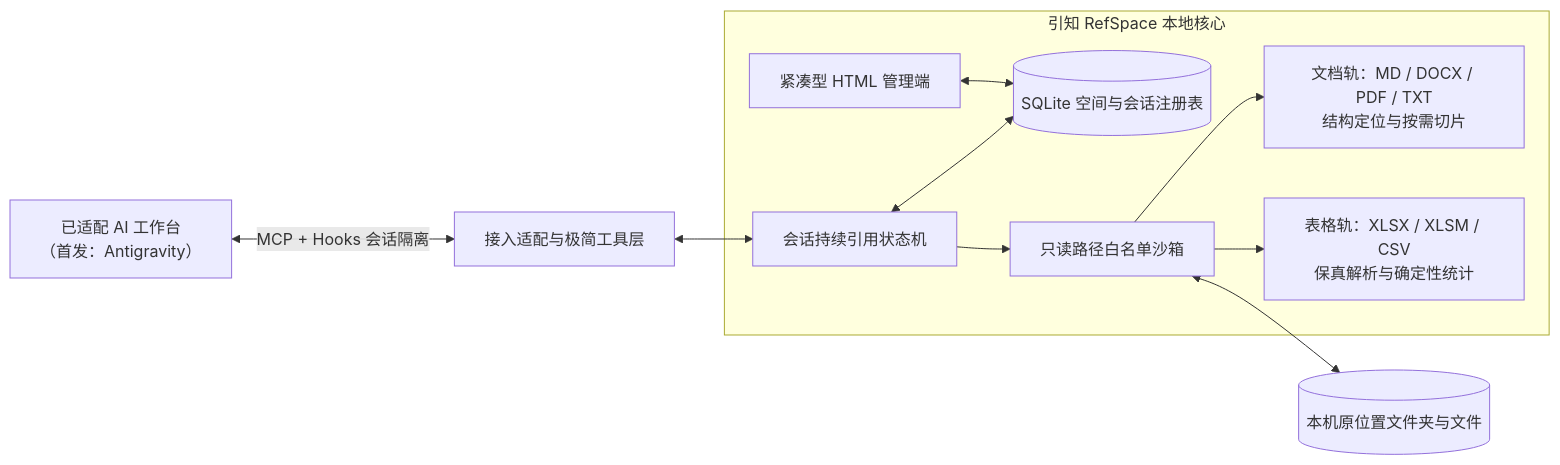
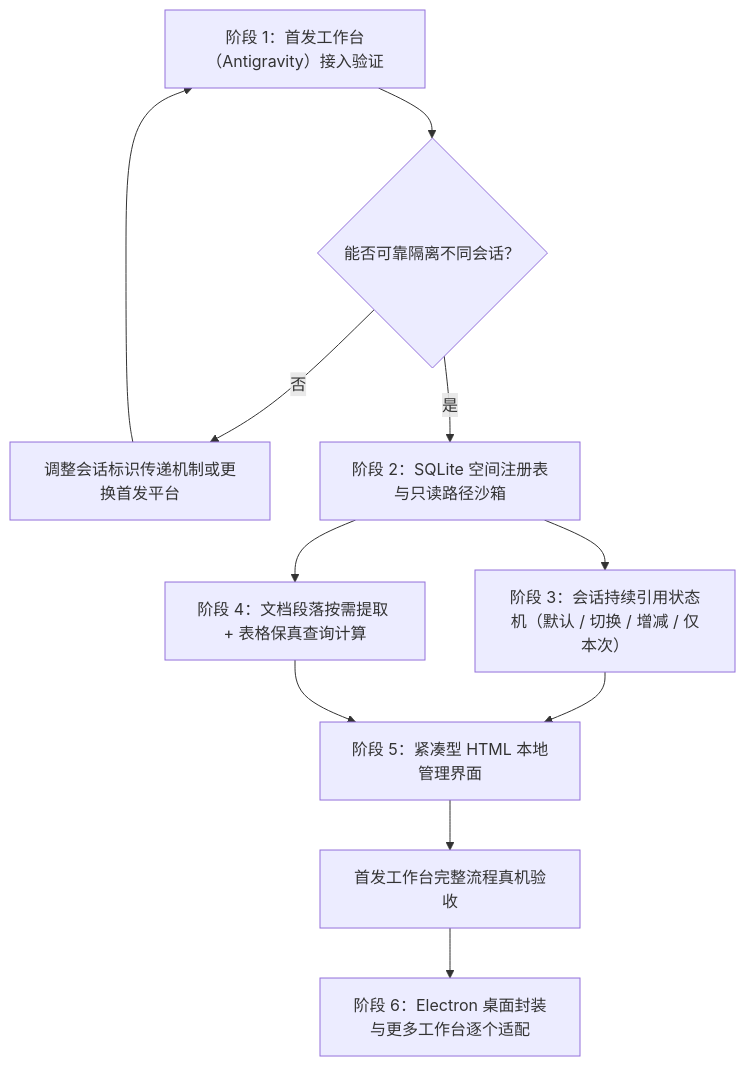
The diagram in README.md (nnnnnnicolexx/RefSpace), drawn with Mermaid before and after one commit. The commit also changed other lines of this file and 3 other files, not shown here.

````diff
--- a/README.md
+++ b/README.md
@@ -50,22 +120,13 @@
 ```mermaid
-flowchart LR
-    AI["已适配 AI 工作台<br/>（首发：Antigravity）"] <-->|"MCP + Hooks 会话隔离"| Adapter["接入适配与极简工具层"]
-
-    subgraph RefSpace["引知 RefSpace 本地核心"]
-        UI["紧凑型 HTML 管理端"]
-        Session["会话持续引用状态机"]
-        Registry[("SQLite 空间与会话注册表")]
-        Sandbox["只读路径白名单沙箱"]
-        DocEngine["文档轨：MD / DOCX / PDF / TXT<br/>结构定位与按需切片"]
-        TableEngine["表格轨：XLSX / XLSM / CSV<br/>保真解析与确定性统计"]
-
-        UI <--> Registry
-        Session <--> Registry
-        Session --> Sandbox
-        Sandbox --> DocEngine
-        Sandbox --> TableEngine
-    end
-
-    Adapter <--> Session
-    Sandbox <--> Disk[("本机原位置文件夹与文件")]
+flowchart TD
+    A["阶段 1：首发工作台（Antigravity）接入验证"] --> B{"能否可靠隔离不同会话？"}
+    B -- "否" --> C["调整会话标识传递机制或更换首发平台"]
+    C --> A
+    B -- "是" --> D["阶段 2：SQLite 空间注册表与只读路径沙箱"]
+    D --> E["阶段 3：会话持续引用状态机（默认 / 切换 / 增减 / 仅本次）"]
+    D --> F["阶段 4：文档段落按需提取 + 表格保真查询计算"]
+    E --> G["阶段 5：紧凑型 HTML 本地管理界面"]
+    F --> G
+    G --> H["首发工作台完整流程真机验收"]
+    H --> I["阶段 6：Electron 桌面封装与更多工作台逐个适配"]
 ```
````
